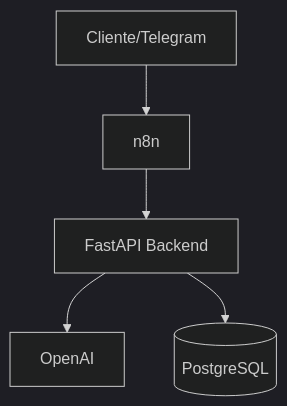
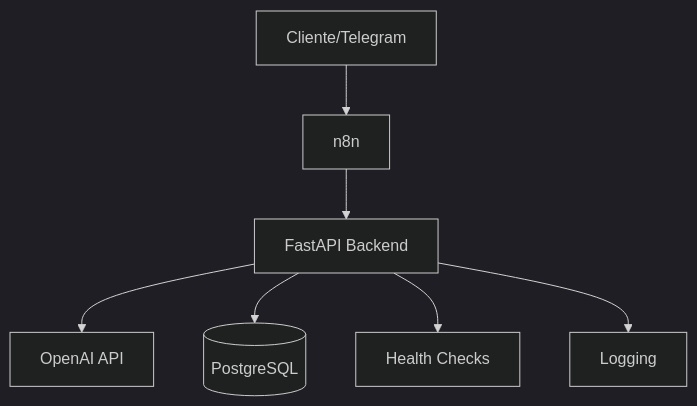
Before and after one commit to dasafo/AI-Workflow-Assistant: the diagram in README.md, drawn with Mermaid (dark theme). The commit also changed other lines of this file and 13 other files, not shown here.

````diff
--- a/README.md
+++ b/README.md
@@ -28,7 +28,9 @@
 ```mermaid
 graph TD
     A[Cliente/Telegram] --> B[n8n]
     B --> C[FastAPI Backend]
-    C --> D[OpenAI]
+    C --> D[OpenAI API]
     C --> E[(PostgreSQL)]
+    C --> F[Health Checks]
+    C --> G[Logging]
 ```
````
